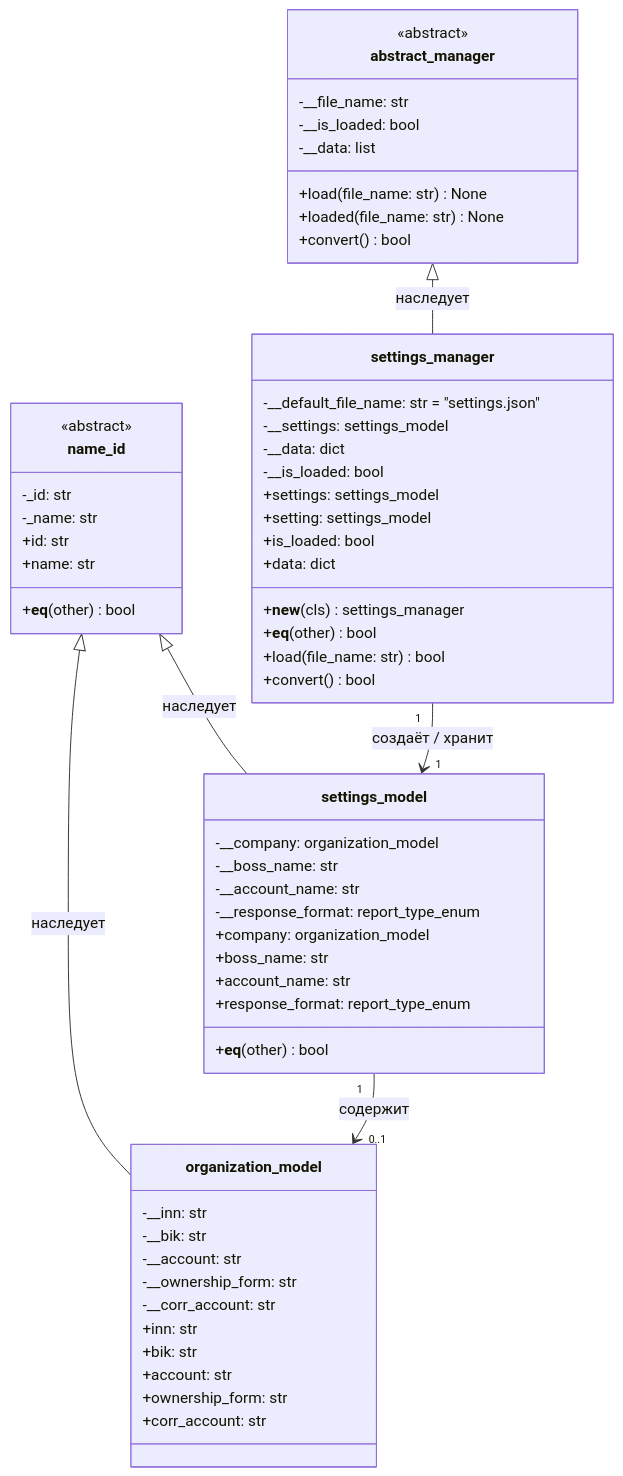
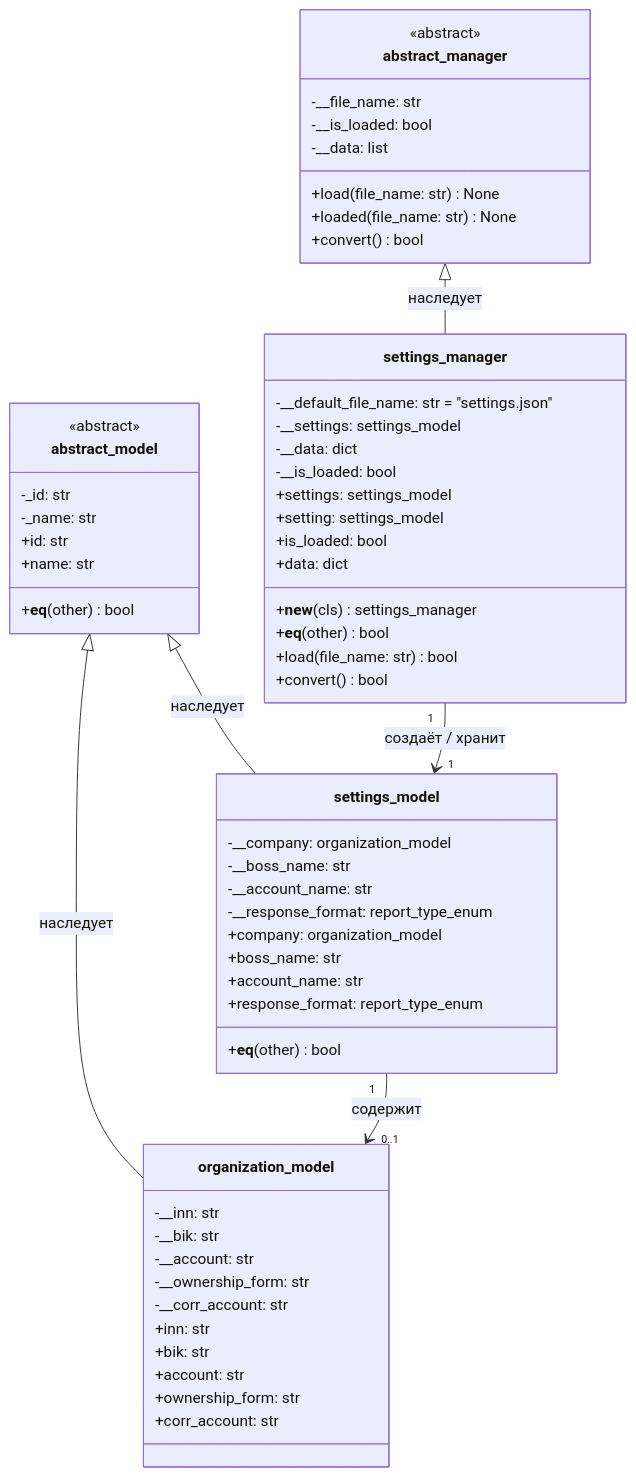
The diagram in Docs/settings_manager.md (Rom-haguko/Patterns2026), drawn with Mermaid before and after one commit. The commit also changed 31 other files, not shown here.

````diff
--- a/Docs/settings_manager.md
+++ b/Docs/settings_manager.md
@@ -3,69 +3,69 @@
 ```mermaid
 classDiagram
     direction TB
 
     class abstract_manager {
         <<abstract>>
         -__file_name: str
         -__is_loaded: bool
         -__data: list
         +load(file_name: str) None
         +loaded(file_name: str) None
         +convert() bool
     }
 
     class settings_manager {
         -__default_file_name: str = "settings.json"
         -__settings: settings_model
         -__data: dict
         -__is_loaded: bool
         +settings: settings_model
         +setting: settings_model
         +is_loaded: bool
         +data: dict
         +__new__(cls) settings_manager
         +__eq__(other) bool
         +load(file_name: str) bool
         +convert() bool
     }
 
     class settings_model {
         -__company: organization_model
         -__boss_name: str
         -__account_name: str
         -__response_format: report_type_enum
         +company: organization_model
         +boss_name: str
         +account_name: str
         +response_format: report_type_enum
         +__eq__(other) bool
     }
 
     class organization_model {
         -__inn: str
         -__bik: str
         -__account: str
         -__ownership_form: str
         -__corr_account: str
         +inn: str
         +bik: str
         +account: str
         +ownership_form: str
         +corr_account: str
     }
 
-    class name_id {
+    class abstract_model {
         <<abstract>>
         -_id: str
         -_name: str
         +id: str
         +name: str
         +__eq__(other) bool
     }
 
     abstract_manager <|-- settings_manager : наследует
-    name_id <|-- settings_model : наследует
-    name_id <|-- organization_model : наследует
+    abstract_model <|-- settings_model : наследует
+    abstract_model <|-- organization_model : наследует
     settings_manager "1" --> "1" settings_model : создаёт / хранит
     settings_model "1" --> "0..1" organization_model : содержит
 ```
````
